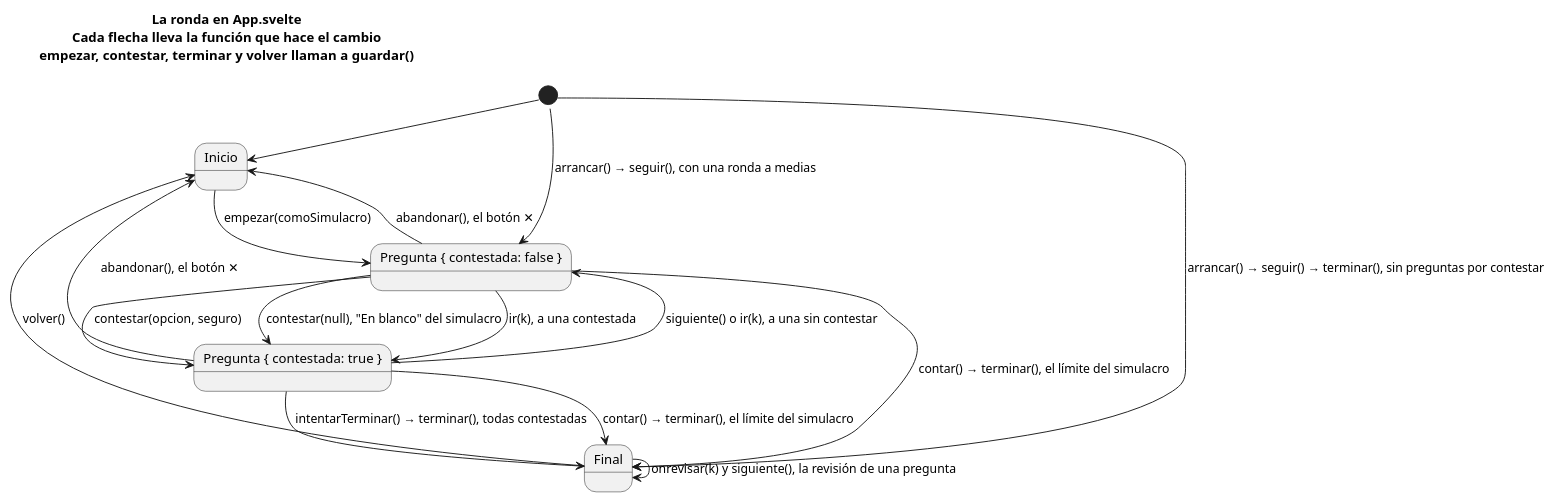
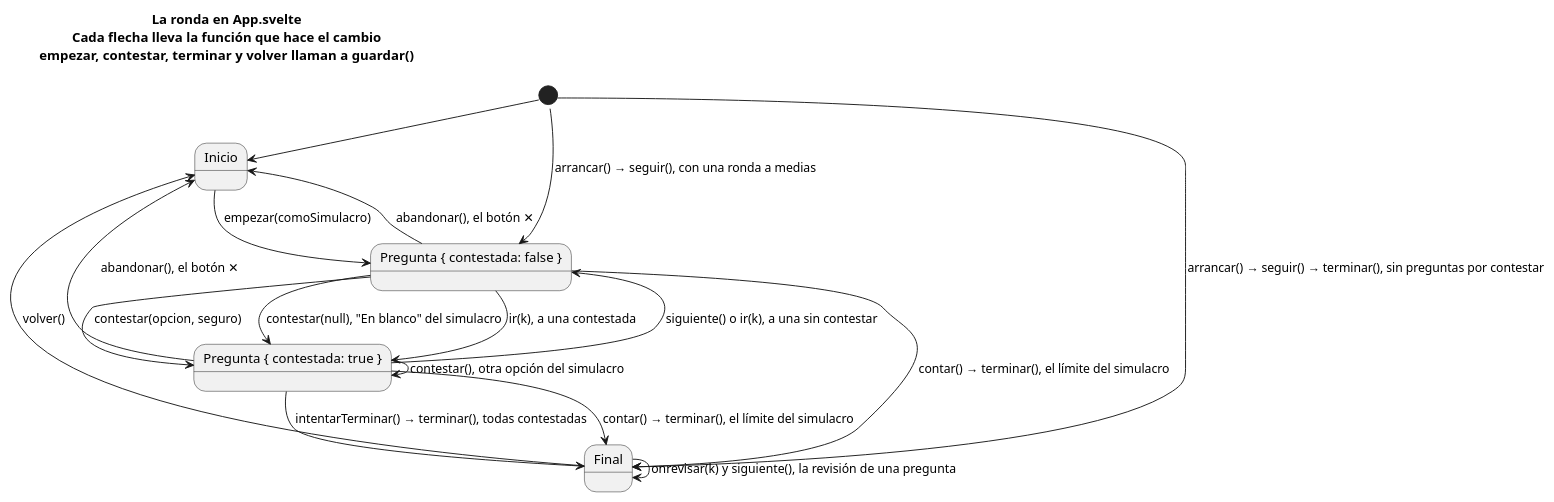
The diagram in docs/diagramas/ronda.puml (jfdg01/examenes), drawn with PlantUML before and after one commit. The commit also changed 6 other files, not shown here.

First line of the commit message:
feat: una respuesta del simulacro cambia hasta terminar

```diff
--- a/docs/diagramas/ronda.puml
+++ b/docs/diagramas/ronda.puml
@@ -1,26 +1,27 @@
 @startuml ronda
 !pragma layout smetana
 skinparam shadowing false
 title La ronda en App.svelte\nCada flecha lleva la función que hace el cambio\nempezar, contestar, terminar y volver llaman a guardar()
 
 state Inicio
 state "Pregunta { contestada: false }" as SinContestar
 state "Pregunta { contestada: true }" as Contestada
 state Final
 
 [*] --> Inicio
 [*] --> SinContestar : arrancar() → seguir(), con una ronda a medias
 [*] --> Final : arrancar() → seguir() → terminar(), sin preguntas por contestar
 Inicio --> SinContestar : empezar(comoSimulacro)
 SinContestar --> Contestada : contestar(opcion, seguro)
 SinContestar --> Contestada : contestar(null), "En blanco" del simulacro
+Contestada --> Contestada : contestar(), otra opción del simulacro
 Contestada --> SinContestar : siguiente() o ir(k), a una sin contestar
 SinContestar --> Contestada : ir(k), a una contestada
 Contestada --> Final : intentarTerminar() → terminar(), todas contestadas
 SinContestar --> Final : contar() → terminar(), el límite del simulacro
 Contestada --> Final : contar() → terminar(), el límite del simulacro
 SinContestar --> Inicio : abandonar(), el botón ✕
 Contestada --> Inicio : abandonar(), el botón ✕
 Final --> Final : onrevisar(k) y siguiente(), la revisión de una pregunta
 Final --> Inicio : volver()
 @enduml
```
